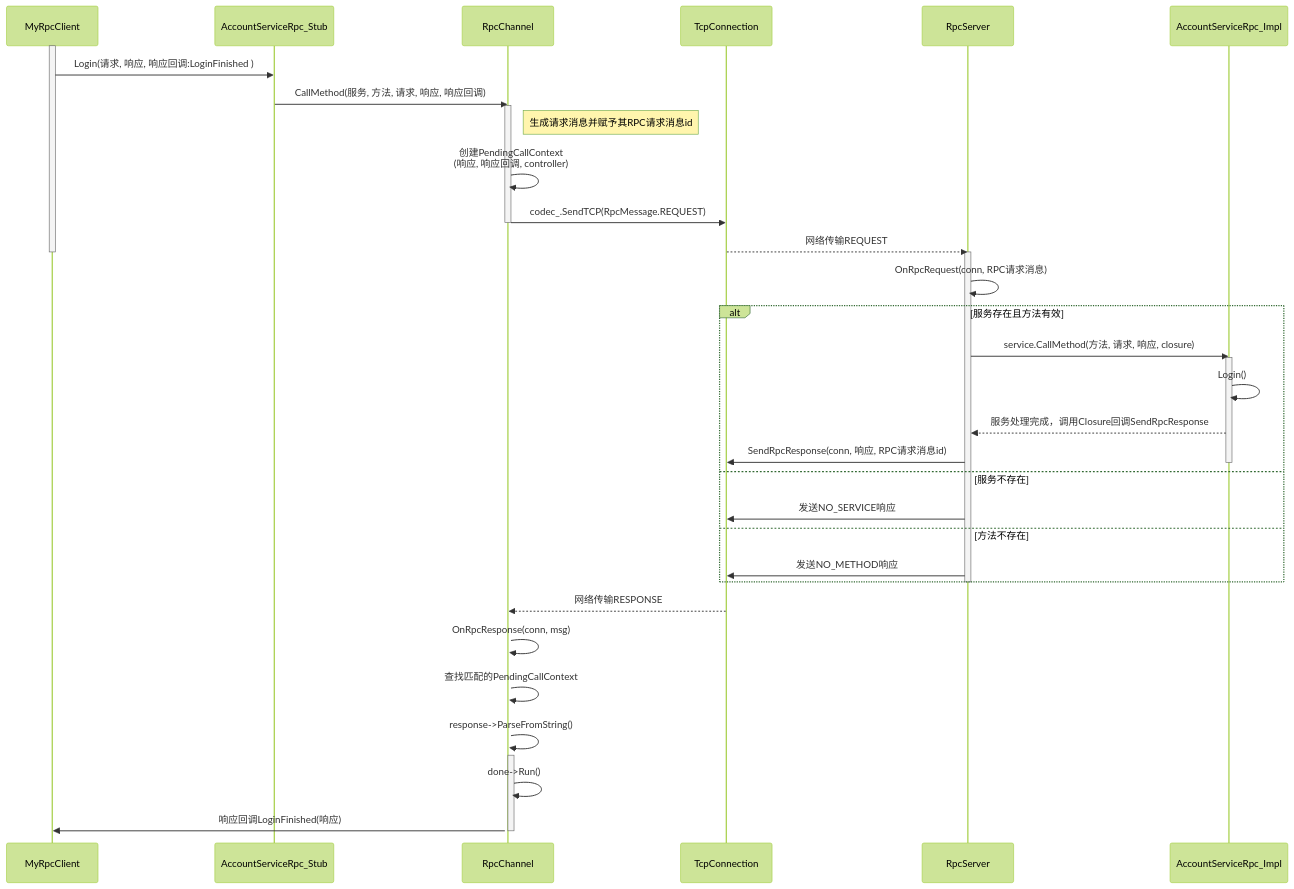
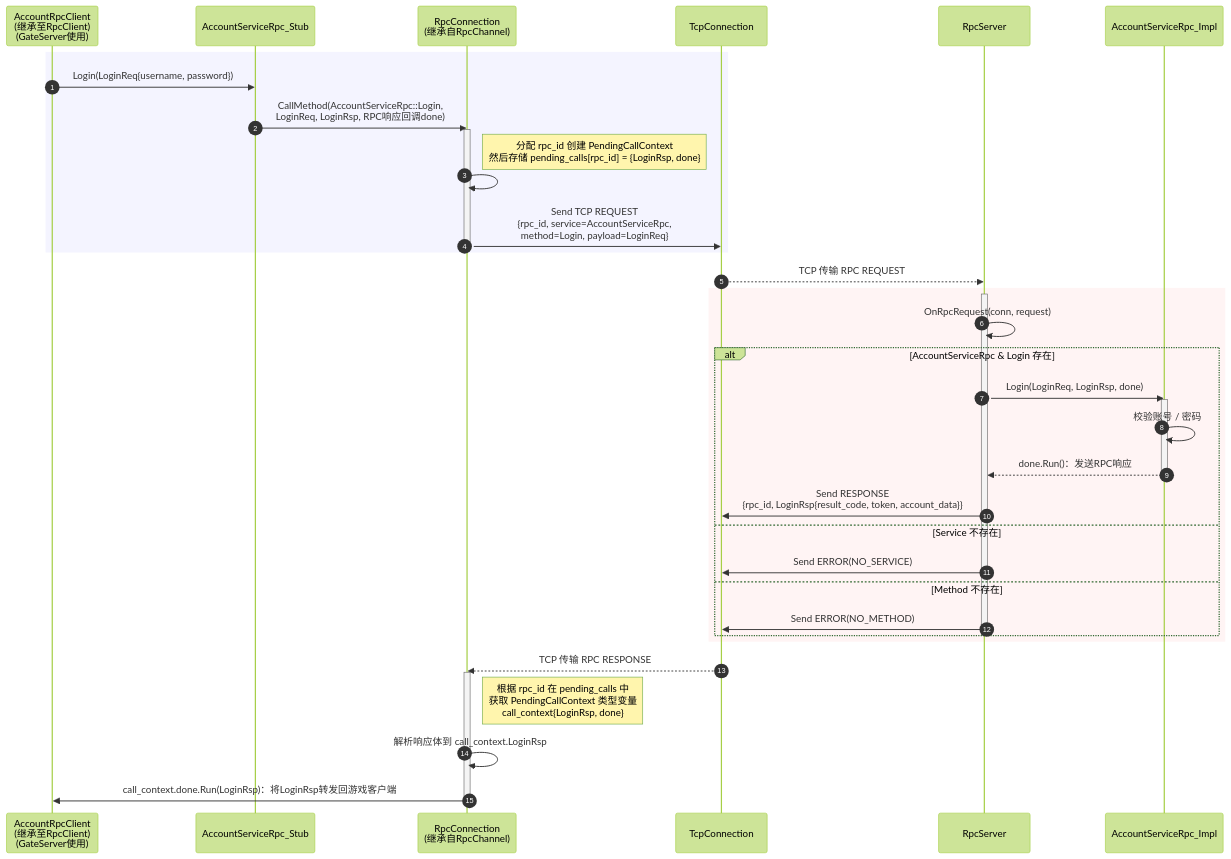
The diagram in doc/rpc.md (MYMarcoreus/GameServer), drawn with Mermaid (forest theme) before and after one commit. The commit also changed other lines of this file and 38 other files, not shown here.

````diff
--- a/doc/rpc.md
+++ b/doc/rpc.md
@@ -65,46 +284,57 @@
 ```mermaid
 sequenceDiagram
-    participant C as MyRpcClient
-    participant AcntSvc_Stub as AccountServiceRpc_Stub
-    participant CC as RpcChannel
-    participant TCPC as TcpConnection
-    participant S as RpcServer
-	participant AcntSvc as AccountServiceRpc_Impl
-	
-    activate C
-	C->>AcntSvc_Stub: Login(请求, 响应, 响应回调:LoginFinished )
-    AcntSvc_Stub->>CC: CallMethod(服务, 方法, 请求, 响应, 响应回调)
-    activate CC
-    Note right of CC: 生成请求消息并赋予其RPC请求消息id
-    CC->>CC: 创建PendingCallContext<br/>(响应, 响应回调, controller)
-    CC->>TCPC: codec_.SendTCP(RpcMessage.REQUEST)
-    deactivate CC
+    autonumber
 
-    TCPC-->>S: 网络传输REQUEST
-    deactivate C
-    
-    activate S
-    S->>S: OnRpcRequest(conn, RPC请求消息)
-    alt 服务存在且方法有效
-        S->>AcntSvc: service.CallMethod(方法, 请求, 响应, closure)
-        activate AcntSvc
-        AcntSvc->>AcntSvc: Login()
-        AcntSvc-->>S: 服务处理完成，调用Closure回调SendRpcResponse
-        S->>TCPC: SendRpcResponse(conn, 响应, RPC请求消息id)
-        deactivate AcntSvc
-    else 服务不存在
-        S->>TCPC: 发送NO_SERVICE响应
-    else 方法不存在
-        S->>TCPC: 发送NO_METHOD响应
+    participant Client as AccountRpcClient<br>(继承至RpcClient)<br>(GateServer使用)
+    participant Stub as AccountServiceRpc_Stub
+    participant Channel as RpcConnection<br>(继承自RpcChannel)
+    participant Conn as TcpConnection
+    participant Server as RpcServer
+    participant Service as AccountServiceRpc_Impl
+
+    %% ========= Client Side =========
+    rect rgba(200,200,255,0.2)
+        Client->>Stub: Login(LoginReq{username, password})
+        Stub->>Channel: CallMethod(AccountServiceRpc::Login,<br/>LoginReq, LoginRsp, RPC响应回调done)
+
+        activate Channel
+        Note right of Channel: 分配 rpc_id 创建 PendingCallContext<br>然后存储 pending_calls[rpc_id] = {LoginRsp, done}
+        Channel->>Channel: 
+        Channel->>Conn: Send TCP REQUEST<br/>{rpc_id, service=AccountServiceRpc,<br/>method=Login, payload=LoginReq}
+        deactivate Channel
     end
-    deactivate S
 
-    TCPC-->>CC: 网络传输RESPONSE
-    activate CC
-    CC->>CC: OnRpcResponse(conn, msg)
-    CC->>CC: 查找匹配的PendingCallContext
-    CC->>+CC: response->ParseFromString()
-    CC->>CC: done->Run()
-    CC->>C: 响应回调LoginFinished(响应)
-    deactivate CC
+    %% ========= Network =========
+    Conn-->>Server: TCP 传输 RPC REQUEST
+
+    %% ========= Server Side =========
+    rect rgba(255,200,200,0.2)
+        activate Server
+        Server->>Server: OnRpcRequest(conn, request)
+
+        alt AccountServiceRpc & Login 存在
+            Server->>Service: Login(LoginReq, LoginRsp, done)
+            activate Service
+            Service->>Service: 校验账号 / 密码
+            Service-->>Server: done.Run()：发送RPC响应
+            deactivate Service
+
+            Server->>Conn: Send RESPONSE<br/>{rpc_id, LoginRsp{result_code, token, account_data}}
+        else Service 不存在
+            Server->>Conn: Send ERROR(NO_SERVICE)
+        else Method 不存在
+            Server->>Conn: Send ERROR(NO_METHOD)
+        end
+        deactivate Server
+    end
+
+    %% ========= Response Handling =========
+    Conn-->>Channel: TCP 传输 RPC RESPONSE
+
+    activate Channel
+    Note right of Channel: 根据 rpc_id 在 pending_calls 中<br>获取 PendingCallContext 类型变量<br>call_context{LoginRsp, done}
+    Channel->>Channel: 解析响应体到 call_context.LoginRsp
+    Channel->>Client: call_context.done.Run(LoginRsp)：将LoginRsp转发回游戏客户端
+    deactivate Channel
+
 ```
````
